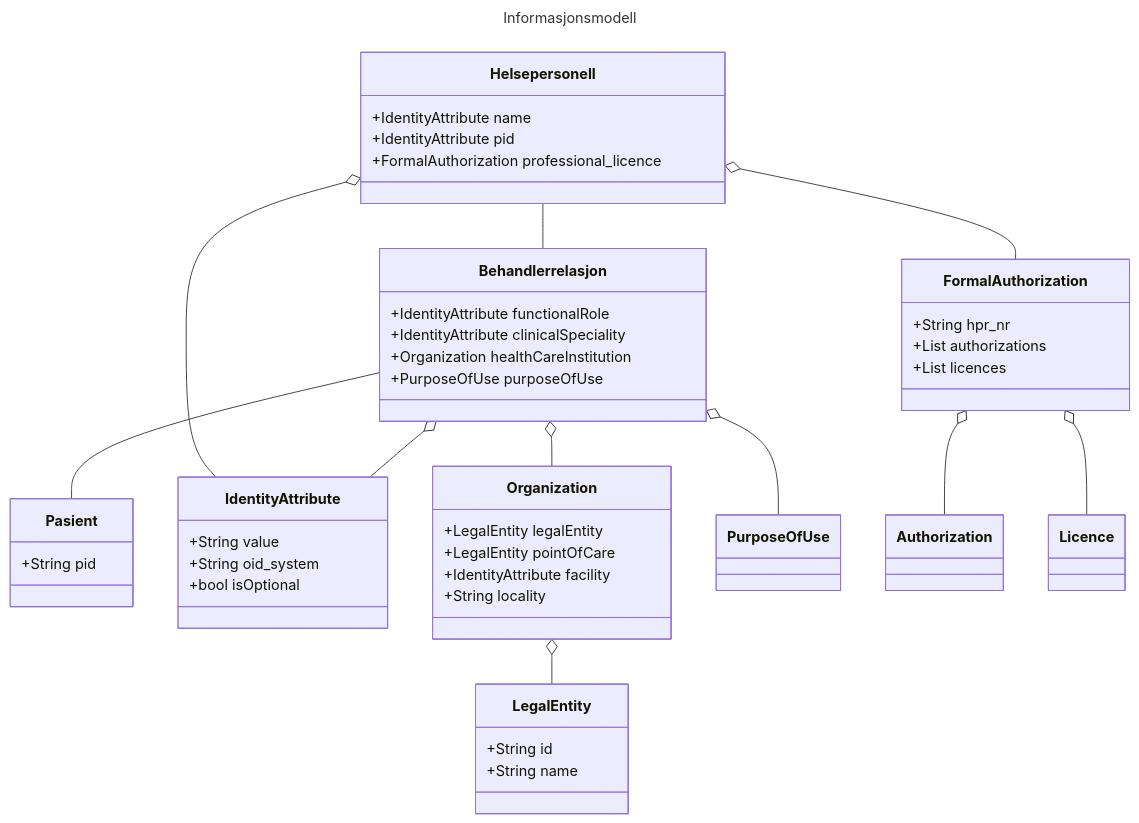
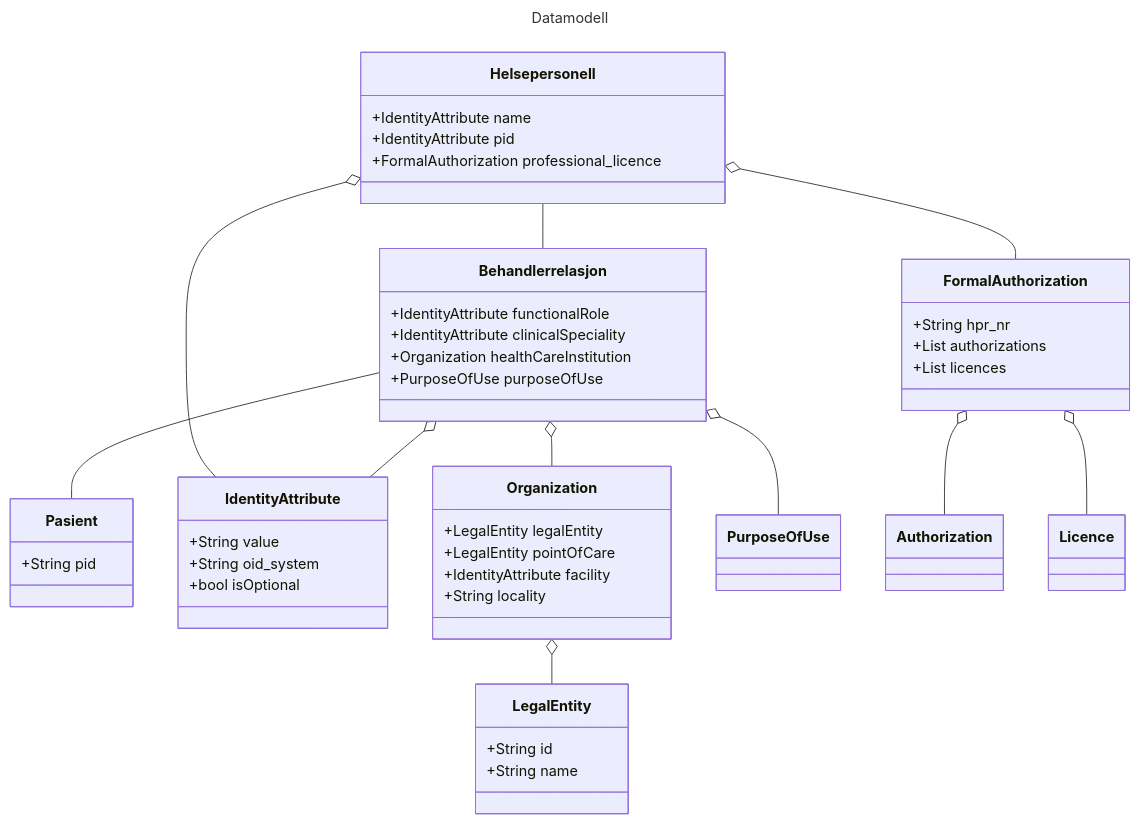
One commit to NorskHelsenett/Tillitsrammeverk changed the second of 2 diagrams in specs/informasjons_og_datamodell.md. Above: the diagram before and after it, drawn with Mermaid.

````diff
--- a/specs/informasjons_og_datamodell.md
+++ b/specs/informasjons_og_datamodell.md
@@ -177,64 +177,64 @@
 ```mermaid
 ---
-title: Informasjonsmodell
+title: Datamodell
 ---
 classDiagram
 
 	Helsepersonell -- Behandlerrelasjon
 	Behandlerrelasjon -- Pasient
 	Helsepersonell o-- FormalAuthorization
 	Helsepersonell o-- IdentityAttribute
 	Behandlerrelasjon o-- IdentityAttribute
 	Behandlerrelasjon o-- Organization
 	Behandlerrelasjon o-- PurposeOfUse
 	FormalAuthorization o-- Authorization
 	FormalAuthorization o-- Licence
 	Organization o-- LegalEntity
 
 	class IdentityAttribute{
 		+String value
 		+String oid_system
 		+bool isOptional		
 	}	
 	class LegalEntity{
 		+String id
 		+String name		
 	}
 	class Organization{
 		+LegalEntity legalEntity
 		+LegalEntity pointOfCare
 		+IdentityAttribute facility
 		+String locality
 	}
 	class Authorization{
 	}
 	
 	class Licence{
 	}
 	
 	class FormalAuthorization{
 		+String hpr_nr
 		+List<Authorization> authorizations
 		+List<Licence> licences
 	}
 	
 	class Helsepersonell{
 		+IdentityAttribute name
 		+IdentityAttribute pid
 		+FormalAuthorization professional_licence
 	}
 		
 	class Behandlerrelasjon{
 		+IdentityAttribute functionalRole
 		+IdentityAttribute clinicalSpeciality
 		+Organization healthCareInstitution
 		+PurposeOfUse purposeOfUse
 	}
 	
 	class Pasient{
 		+String pid
 	}
 	
 	
 	
 ```
````
